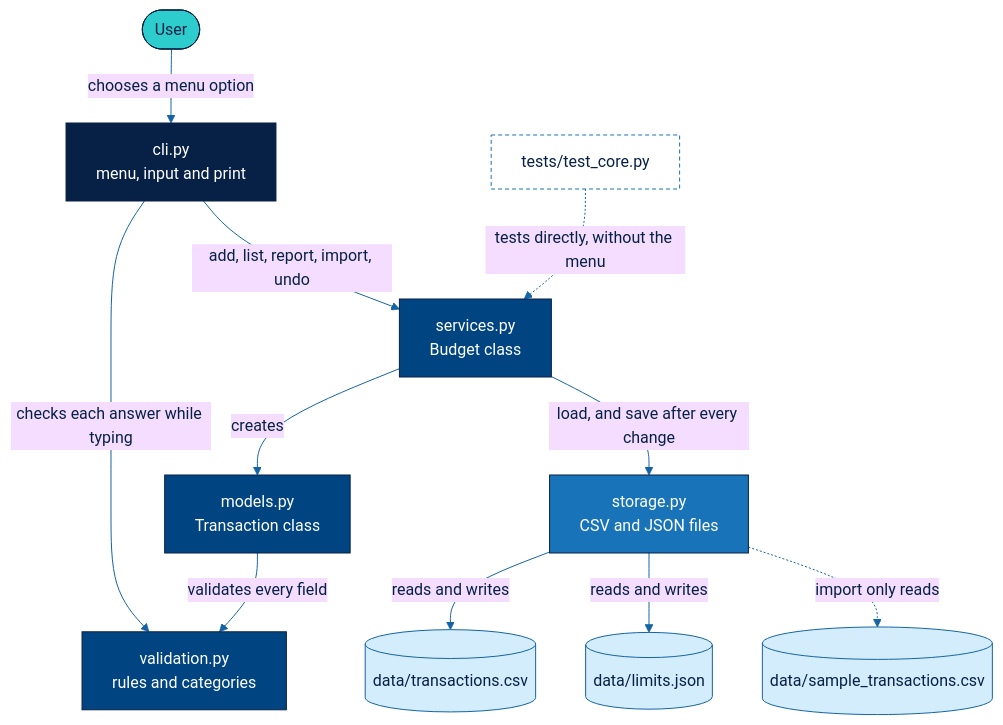
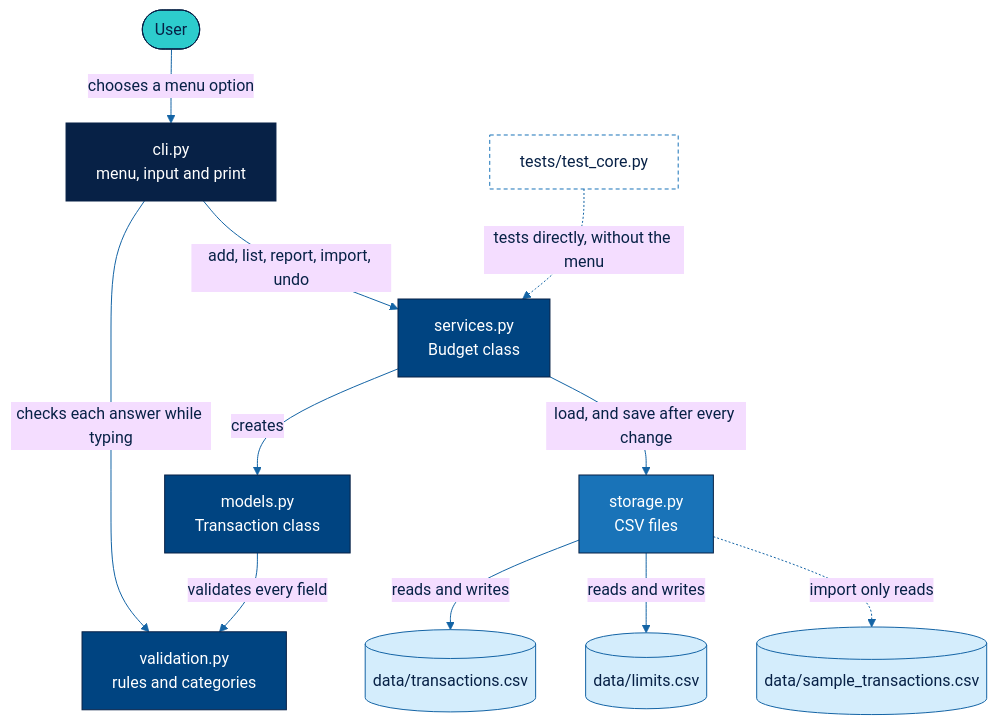
The diagram in README.md (ferreirasara-cpu/Practice-1_-Interactive-Personal-Budget-Manager), drawn with Mermaid before and after one commit. The commit also changed other lines of this file and 6 other files, not shown here.

Commit message:
Save limits as CSV

````diff
--- a/README.md
+++ b/README.md
@@ -47,27 +47,27 @@
 ```mermaid
 %%{init: {"theme": "base", "themeVariables": {"fontFamily": "arial", "lineColor": "#1464A5", "primaryTextColor": "#072146"}}}%%
 flowchart TD
     U([User]) -->|chooses a menu option| CLI["cli.py<br/>menu, input and print"]
     CLI -->|checks each answer while typing| VAL["validation.py<br/>rules and categories"]
     CLI -->|add, list, report, import, undo| SRV["services.py<br/>Budget class"]
     SRV -->|creates| MOD["models.py<br/>Transaction class"]
     MOD -->|validates every field| VAL
-    SRV -->|load, and save after every change| STO["storage.py<br/>CSV and JSON files"]
+    SRV -->|load, and save after every change| STO["storage.py<br/>CSV files"]
     STO -->|reads and writes| DATA[("data/transactions.csv")]
-    STO -->|reads and writes| LIM[("data/limits.json")]
+    STO -->|reads and writes| LIM[("data/limits.csv")]
     STO -.->|import only reads| SAMPLE[("data/sample_transactions.csv")]
     TEST["tests/test_core.py"] -.->|tests directly, without the menu| SRV
 
     classDef user fill:#2DCCCD,stroke:#072146,color:#072146
     classDef cli fill:#072146,stroke:#072146,color:#FFFFFF
     classDef logic fill:#004481,stroke:#072146,color:#FFFFFF
     classDef storage fill:#1973B8,stroke:#072146,color:#FFFFFF
     classDef data fill:#D4EDFC,stroke:#1464A5,color:#072146
     classDef test fill:#FFFFFF,stroke:#1973B8,color:#072146,stroke-dasharray:4 3
     class U user
     class CLI cli
     class SRV,MOD,VAL logic
     class STO storage
     class DATA,LIM,SAMPLE data
     class TEST test
 ```
````
